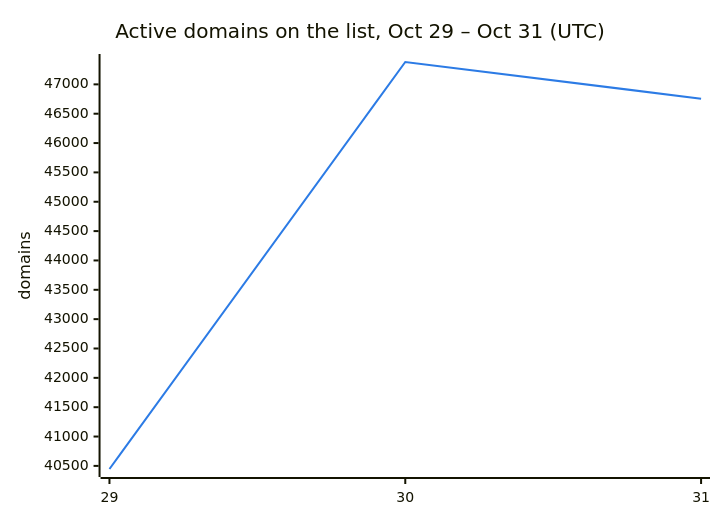
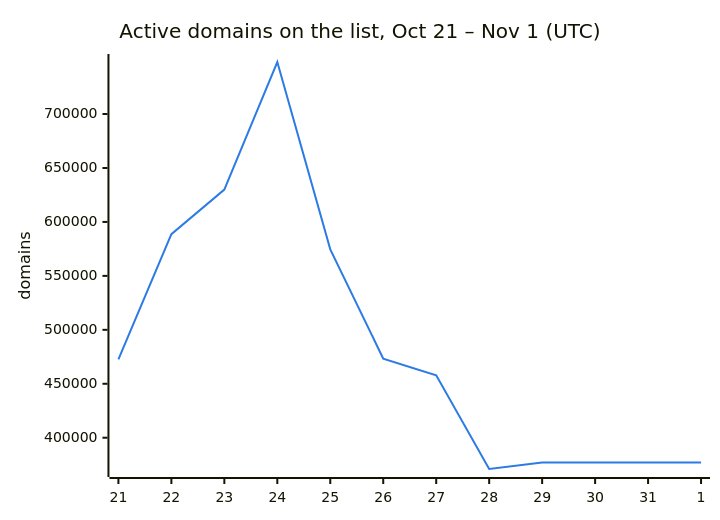
Before and after one commit to DNSBunker/CTI: the second of 3 diagrams in README.md, drawn with Mermaid. The commit also changed other lines of this file and 3 other files, not shown here.

First line of the commit message:
Update 2026-11-01 11:13 UTC: 376945 domains

````diff
--- a/README.md
+++ b/README.md
@@ -38,8 +38,8 @@
 ```mermaid
 %%{init: {"themeVariables": {"xyChart": {"plotColorPalette": "#2c7be5"}}}}%%
 xychart-beta
-    title "Active domains on the list, Oct 29 – Oct 31 (UTC)"
-    x-axis ["29", "30", "31"]
+    title "Active domains on the list, Oct 21 – Nov 1 (UTC)"
+    x-axis ["21", "22", "23", "24", "25", "26", "27", "28", "29", "30", "31", "1"]
     y-axis "domains"
-    line [40447, 47381, 46756]
+    line [472713, 588659, 629951, 748222, 574614, 473331, 457795, 371010, 376945, 376945, 376945, 376945]
 ```
````
